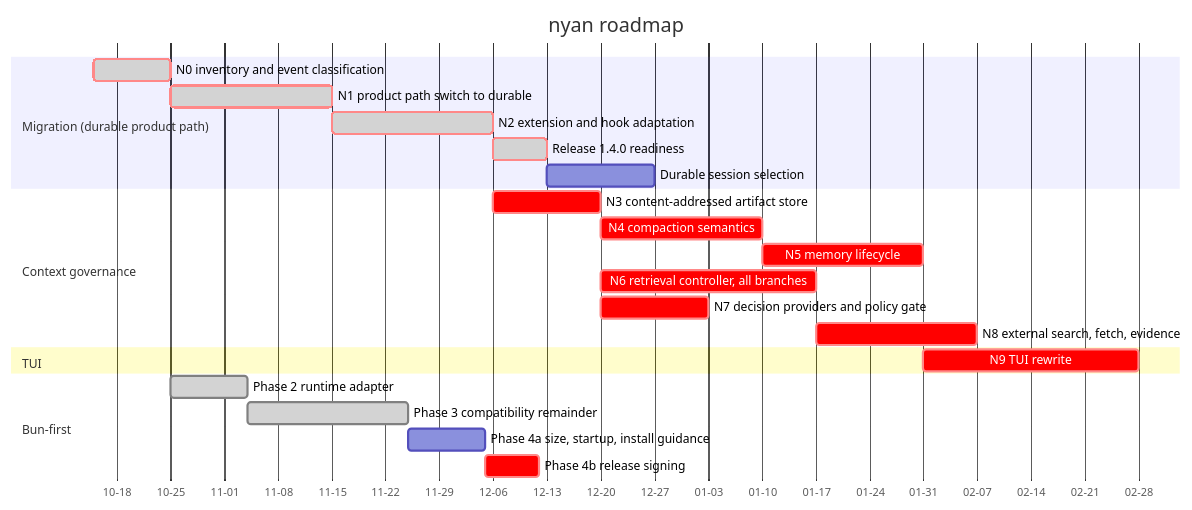
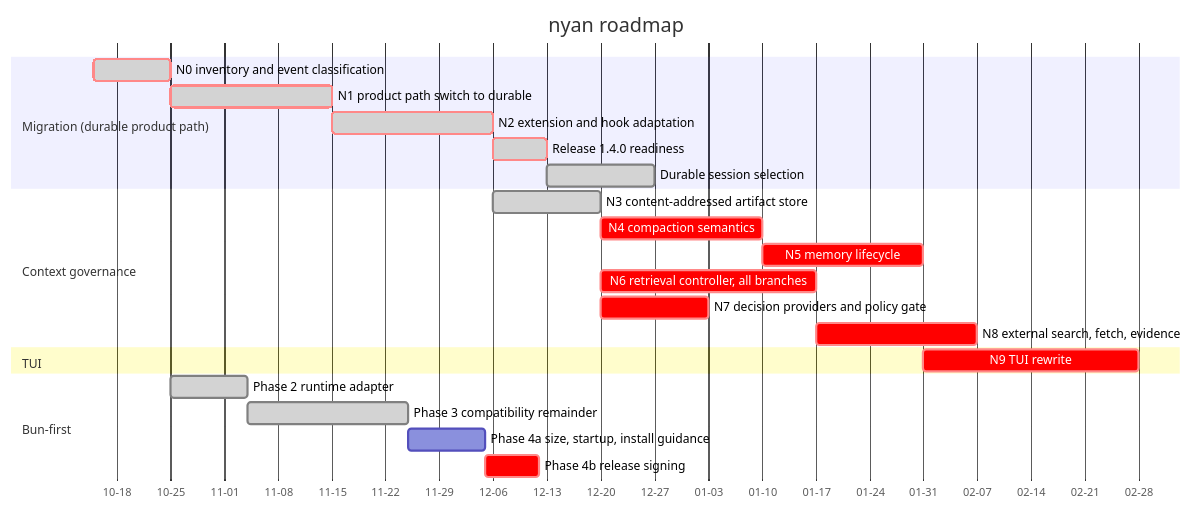
One commit to blxzer77/nyan changed the diagram in ROADMAP.md. Above: the diagram before and after it, drawn with Mermaid. The commit also changed other lines of this file and 1 other file, not shown here.

Commit message:
docs: record N3 and durable session selection, and queue the help-text follow-up

````diff
--- a/ROADMAP.md
+++ b/ROADMAP.md
@@ -13,30 +13,30 @@
 ```mermaid
 gantt
     title nyan roadmap
     dateFormat YYYY-MM-DD
     axisFormat %m-%d
 
     section Migration (durable product path)
     N0 inventory and event classification :done, crit, n0, 2026-10-15, 10d
     N1 product path switch to durable :done, crit, n1, after n0, 21d
     N2 extension and hook adaptation :done, crit, n2, after n1, 21d
     Release 1.4.0 readiness :done, crit, r14, after n2, 7d
-    Durable session selection :n2s, after r14, 14d
+    Durable session selection :done, n2s, after r14, 14d
 
     section Context governance
-    N3 content-addressed artifact store :crit, n3, after n2, 14d
+    N3 content-addressed artifact store :done, n3, after n2, 14d
     N4 compaction semantics :crit, n4, after n3, 21d
     N5 memory lifecycle :crit, n5, after n4, 21d
     N6 retrieval controller, all branches :crit, n6, after n3, 28d
     N7 decision providers and policy gate :crit, n7, after n3, 14d
     N8 external search, fetch, evidence :crit, n8, after n6, 21d
 
     section TUI
     N9 TUI rewrite :crit, n9, after n5, 28d
 
     section Bun-first
     Phase 2 runtime adapter :done, bun2, after n0, 10d
     Phase 3 compatibility remainder :done, bun3, after bun2, 21d
     Phase 4a size, startup, install guidance :bun4a, after bun3, 10d
     Phase 4b release signing :crit, bun4b, after bun4a, 7d
 ```
````
